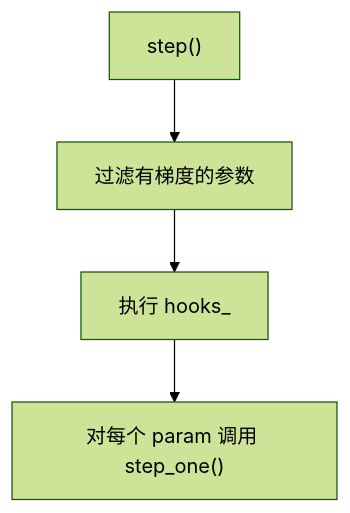
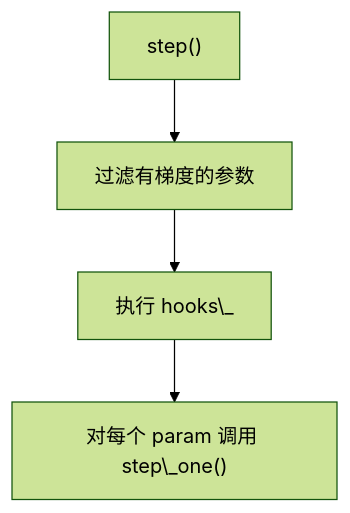
One commit to jinbooooom/OriginDL changed diagram 30 of 41 in docs/design/architecture.md. Above: the diagram before and after it, drawn with Mermaid (forest theme). The commit also changed other lines of this file, not shown here.

````diff
--- a/docs/design/architecture.md
+++ b/docs/design/architecture.md
@@ -1573,9 +1503,9 @@
 ```mermaid
 flowchart TB
     Step["step()"]
     Filter["过滤有梯度的参数"]
-    Hooks["执行 hooks_"]
-    StepOne["对每个 param 调用 step_one()"]
+    Hooks["执行 hooks\_"]
+    StepOne["对每个 param 调用 step\_one()"]
 
     Step --> Filter --> Hooks --> StepOne
 ```
````
